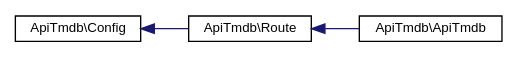
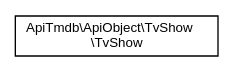
Before and after one commit to sauvank/packagist-tool-api-tmdb: the diagram in doc/inherit_graph_11.dot, drawn with Graphviz. The commit also changed 73 other files, not shown here.

```diff
--- a/doc/inherit_graph_11.dot
+++ b/doc/inherit_graph_11.dot
@@ -1,11 +1,7 @@
 digraph "Graphical Class Hierarchy"
 {
   edge [fontname="Helvetica",fontsize="10",labelfontname="Helvetica",labelfontsize="10"];
   node [fontname="Helvetica",fontsize="10",shape=record];
   rankdir="LR";
-  Node0 [label="ApiTmdb\\Config",height=0.2,width=0.4,color="black", fillcolor="white", style="filled",URL="$classApiTmdb_1_1Config.html"];
-  Node0 -> Node1 [dir="back",color="midnightblue",fontsize="10",style="solid",fontname="Helvetica"];
-  Node1 [label="ApiTmdb\\Route",height=0.2,width=0.4,color="black", fillcolor="white", style="filled",URL="$classApiTmdb_1_1Route.html"];
-  Node1 -> Node2 [dir="back",color="midnightblue",fontsize="10",style="solid",fontname="Helvetica"];
-  Node2 [label="ApiTmdb\\ApiTmdb",height=0.2,width=0.4,color="black", fillcolor="white", style="filled",URL="$classApiTmdb_1_1ApiTmdb.html"];
+  Node0 [label="ApiTmdb\\ApiObject\\TvShow\l\\TvShow",height=0.2,width=0.4,color="black", fillcolor="white", style="filled",URL="$classApiTmdb_1_1ApiObject_1_1TvShow_1_1TvShow.html"];
 }
```
